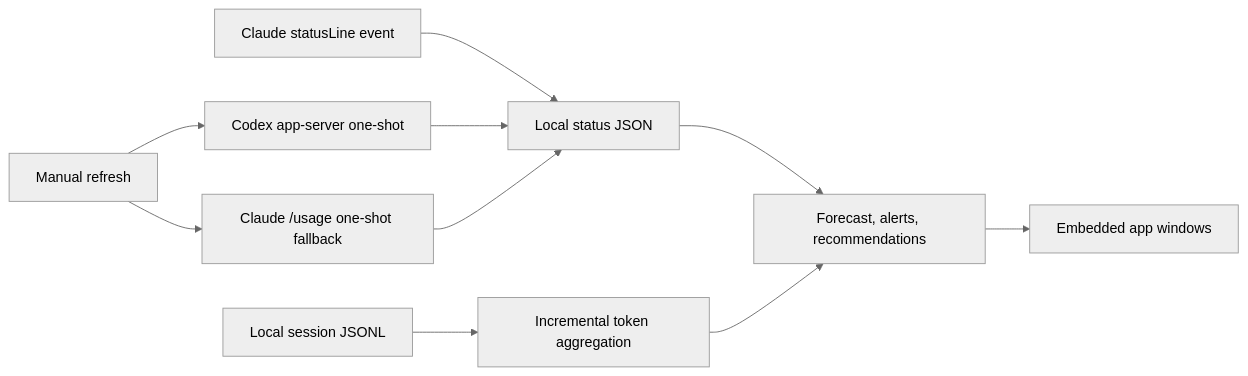
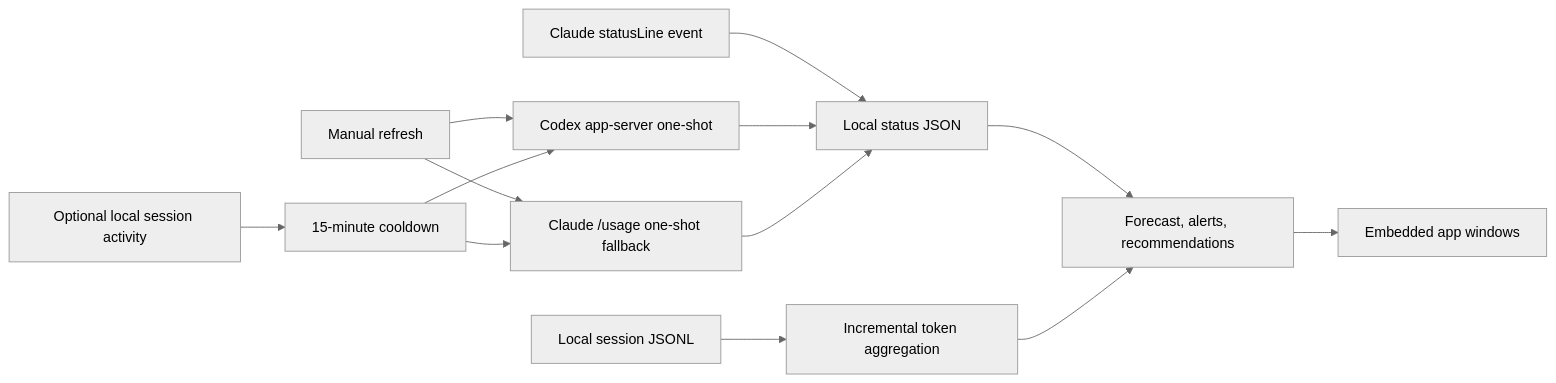
One commit to Kyuhan1230/ai-usage-monitor changed the diagram in README.md. Above: the diagram before and after it, drawn with Mermaid (neutral theme). The commit also changed other lines of this file and 7 other files, not shown here.

Commit message:
feat(monitoring): refresh on local activity

````diff
--- a/README.md
+++ b/README.md
@@ -139,12 +139,15 @@
 ```mermaid
 flowchart LR
     A["Manual refresh"] --> B["Codex app-server one-shot"]
     A --> C["Claude /usage one-shot fallback"]
+    J["Optional local session activity"] --> K["15-minute cooldown"]
+    K --> B
+    K --> C
     D["Claude statusLine event"] --> E["Local status JSON"]
     B --> E
     C --> E
     F["Local session JSONL"] --> G["Incremental token aggregation"]
     E --> H["Forecast, alerts, recommendations"]
     G --> H
     H --> I["Embedded app windows"]
 ```
````
